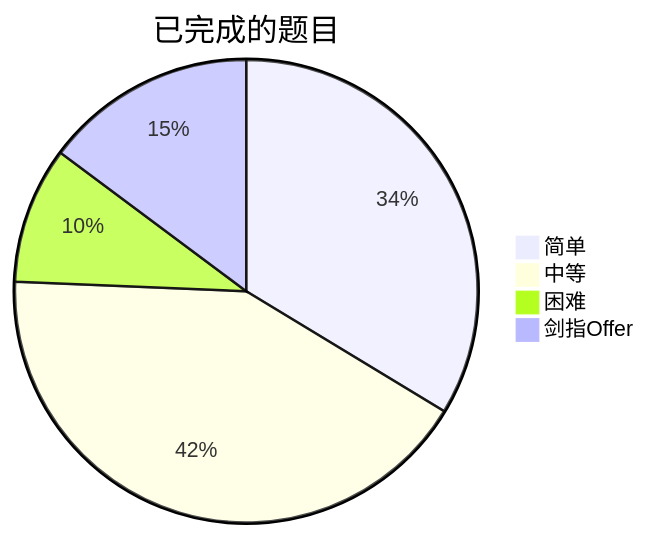
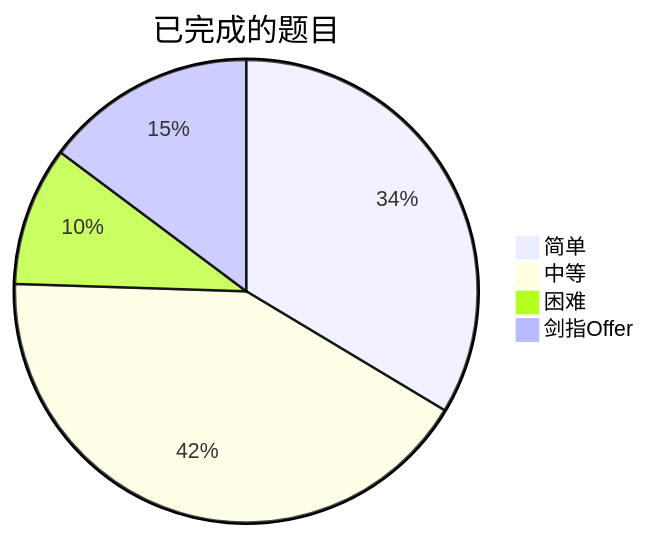
One commit to kaisa911/LeetCode changed the diagram in README.md. Above: the diagram before and after it, drawn with Mermaid. The commit also changed other lines of this file and 15 other files, not shown here.

````diff
--- a/README.md
+++ b/README.md
@@ -9,7 +9,7 @@
 ```mermaid
 pie title 已完成的题目
     "简单" : 166
     "中等" : 207
-    "困难" : 47
+    "困难" : 48
     "剑指Offer" : 73
 ```
````
